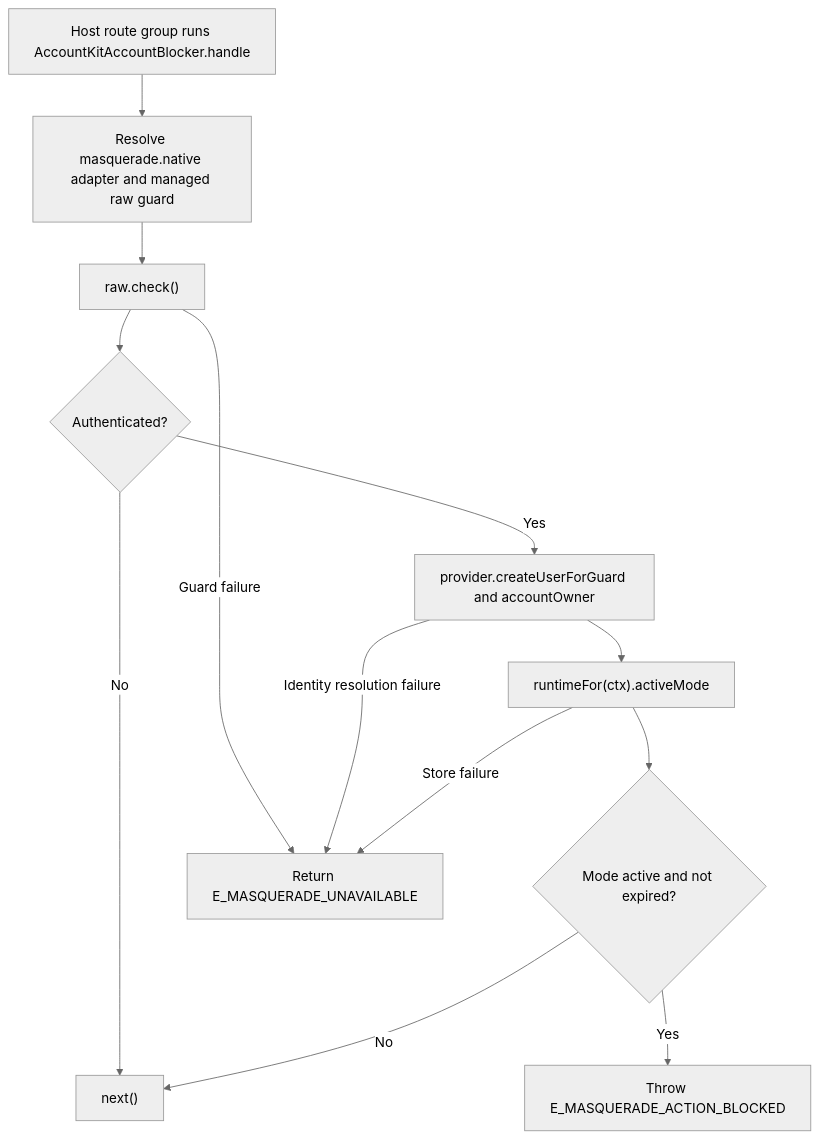
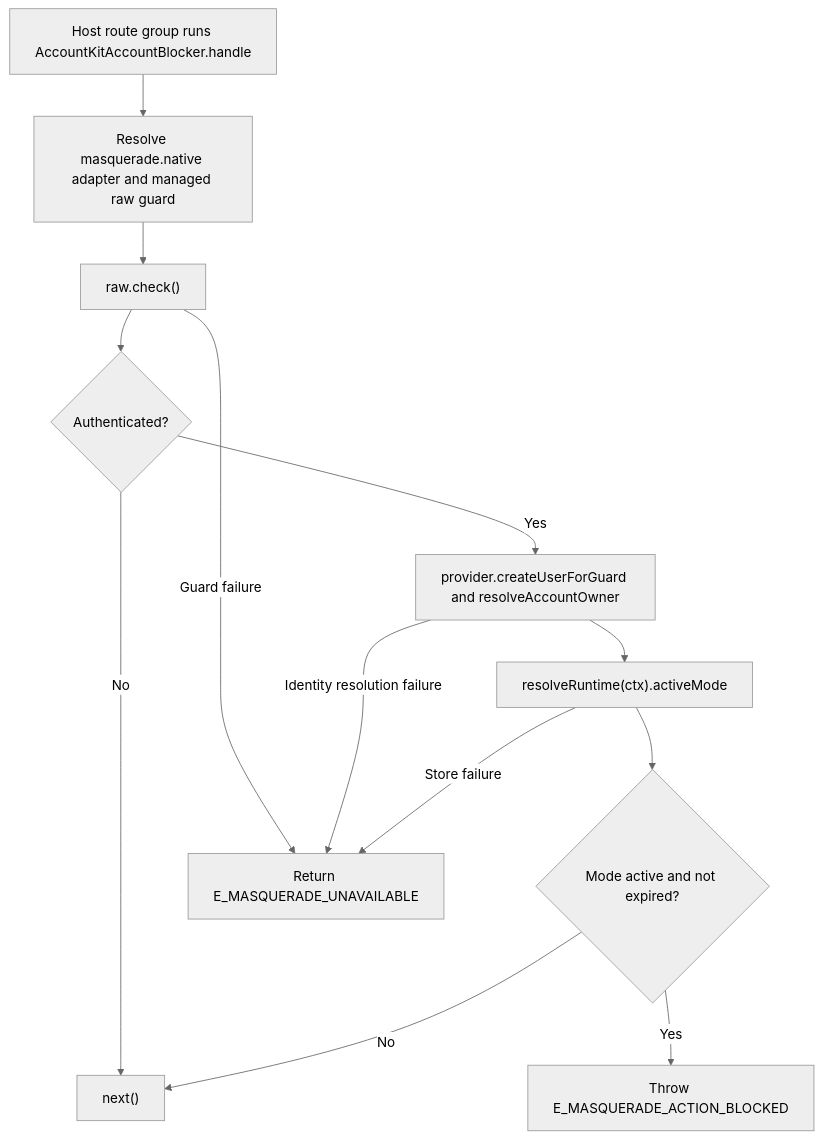
One commit to Kevinjohn/oss-adonisjs-masquerade changed the second of 2 diagrams in user-stories/protect-native-account/us-account-01-protect-native-account.md. Above: the diagram before and after it, drawn with Mermaid (neutral theme). The commit also changed 61 other files, not shown here.

````diff
--- a/user-stories/protect-native-account/us-account-01-protect-native-account.md
+++ b/user-stories/protect-native-account/us-account-01-protect-native-account.md
@@ -36,15 +36,15 @@
 ```mermaid
 flowchart TD
     A["Host route group runs AccountKitAccountBlocker.handle"] --> B["Resolve masquerade.native adapter and managed raw guard"]
     B --> C["raw.check()"]
     C --> D{"Authenticated?"}
     D -->|No| E["next()"]
-    D -->|Yes| F["provider.createUserForGuard and accountOwner"]
-    F --> G["runtimeFor(ctx).activeMode"]
+    D -->|Yes| F["provider.createUserForGuard and resolveAccountOwner"]
+    F --> G["resolveRuntime(ctx).activeMode"]
     G --> H{"Mode active and not expired?"}
     H -->|Yes| I["Throw E_MASQUERADE_ACTION_BLOCKED"]
     H -->|No| E
     C -->|Guard failure| J["Return E_MASQUERADE_UNAVAILABLE"]
     F -->|Identity resolution failure| J
     G -->|Store failure| J
 ```
````
